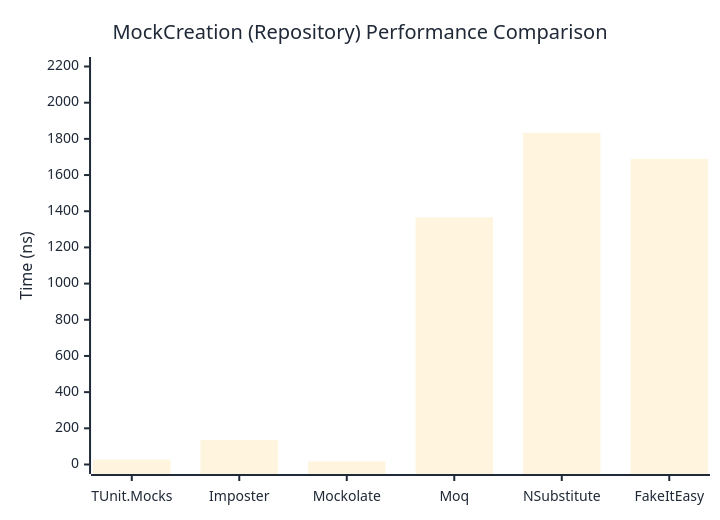
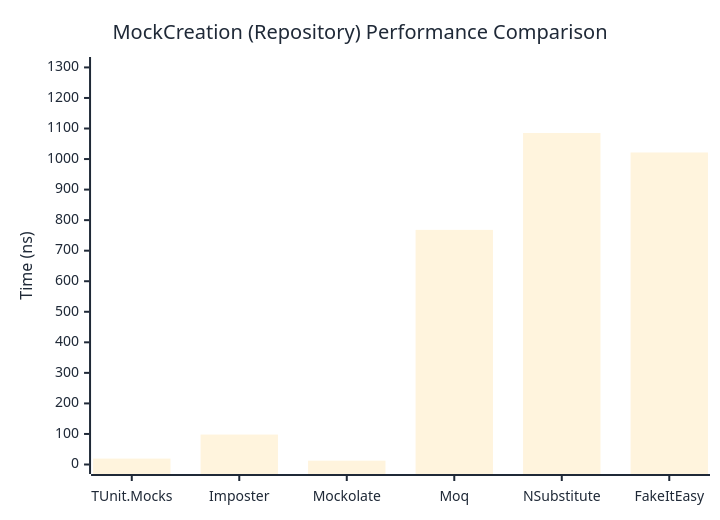
Before and after one commit to thomhurst/TUnit: the second of 2 diagrams in docs/docs/benchmarks/mocks/MockCreation.md, drawn with Mermaid. The commit also changed other lines of this file and 14 other files, not shown here.

````diff
--- a/docs/docs/benchmarks/mocks/MockCreation.md
+++ b/docs/docs/benchmarks/mocks/MockCreation.md
@@ -71,27 +71,27 @@
 ```mermaid
 %%{init: {
   'theme':'base',
   'themeVariables': {
     'primaryColor': '#2563eb',
     'primaryTextColor': '#1f2937',
     'primaryBorderColor': '#1e40af',
     'lineColor': '#6b7280',
     'secondaryColor': '#7c3aed',
     'tertiaryColor': '#dc2626',
     'background': '#ffffff',
     'pie1': '#2563eb',
     'pie2': '#7c3aed',
     'pie3': '#dc2626',
     'pie4': '#f59e0b',
     'pie5': '#10b981',
     'pie6': '#06b6d4',
     'pie7': '#ec4899',
     'pie8': '#6366f1'
   }
 }}%%
 xychart-beta
   title "MockCreation (Repository) Performance Comparison"
   x-axis ["TUnit.Mocks", "Imposter", "Mockolate", "Moq", "NSubstitute", "FakeItEasy"]
-  y-axis "Time (ns)" 0 --> 2200
-  bar [27.21, 135.39, 16.88, 1366.25, 1833.08, 1689.52]
+  y-axis "Time (ns)" 0 --> 1303
+  bar [19.33, 97.99, 12.48, 768.09, 1085.35, 1021.53]
 ```
````
